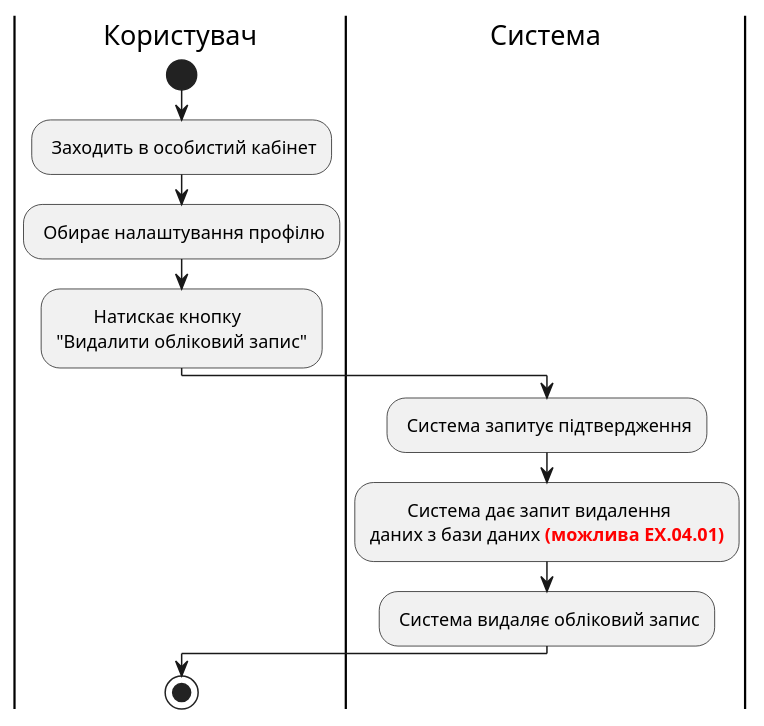
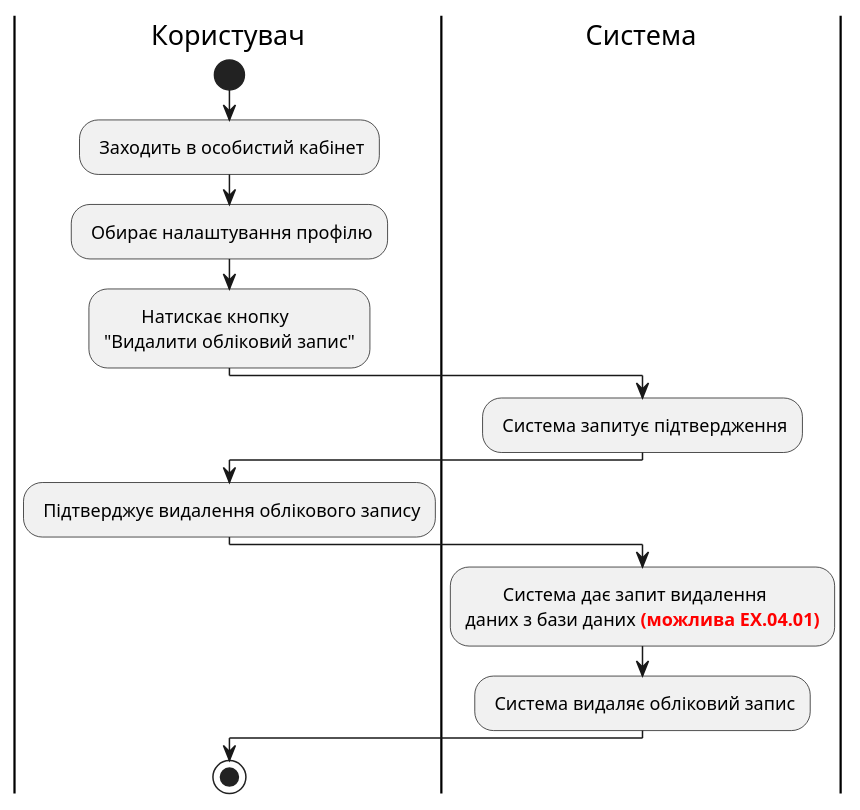
One commit to edu-db/edu_db_labs changed the fourth of 4 diagrams in docs/use cases/README.md. Above: the diagram before and after it, drawn with PlantUML.

Commit message:
Fix mistakes

```diff
--- a/docs/use cases/README.md
+++ b/docs/use cases/README.md
@@ -121,17 +121,22 @@
 @startuml
 
 |Користувач|
 start;
 : Заходить в особистий кабінет;
 : Обирає налаштування профілю;
 : \tНатискає кнопку\n"Видалити обліковий запис";
 
 |Система|
 : Система запитує підтвердження;
+
+|Користувач|
+: Підтверджує видалення облікового запису;
+
+|Система|
 : \tСистема дає запит видалення\nданих з бази даних <font color="red"><b>(можлива EX.04.01);
 : Система видаляє обліковий запис;
   
 |Користувач|
 stop;
  
 @enduml
```
